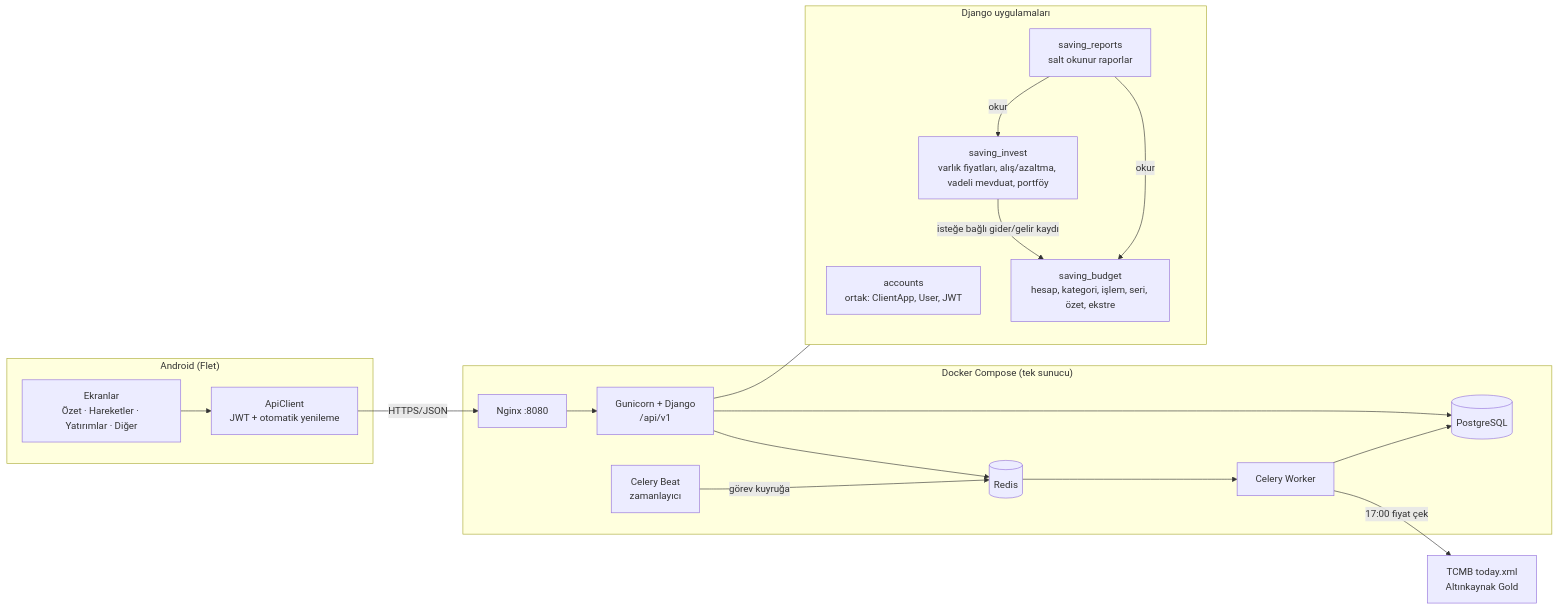
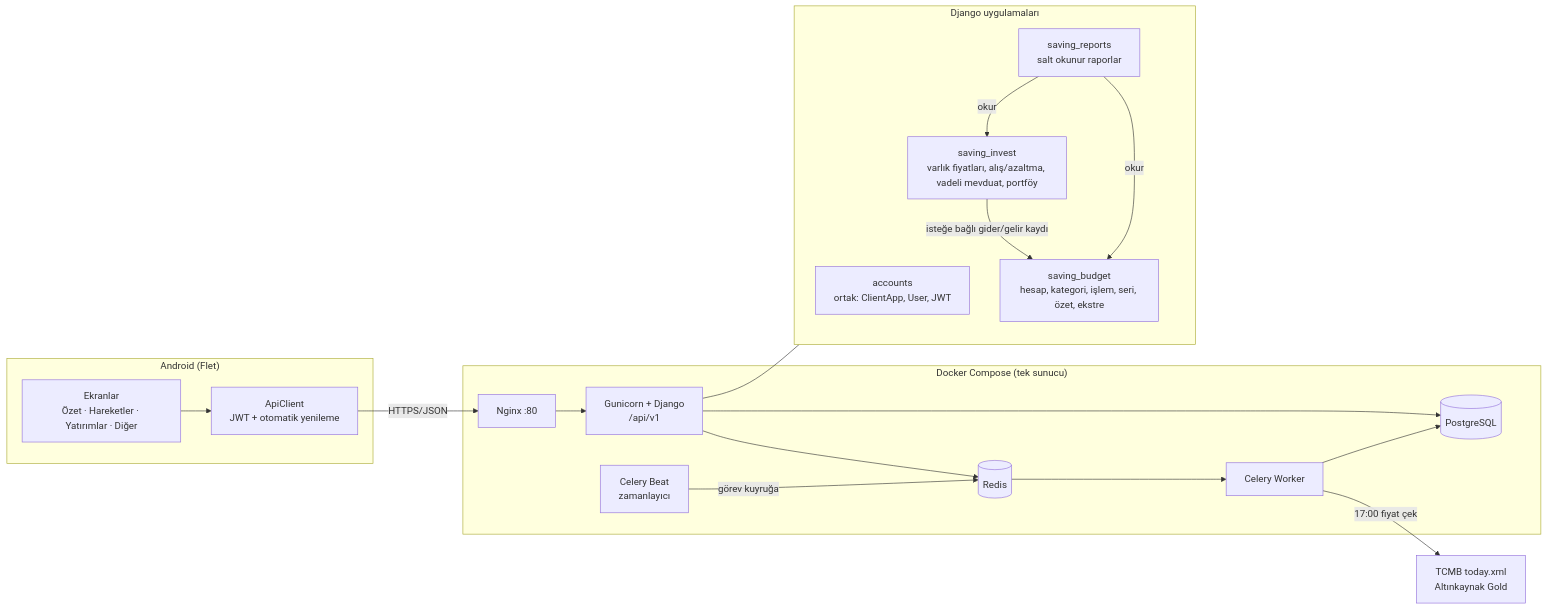
One commit to anilcelik0/saving changed the first of 11 diagrams in docs/FLOW.md. Above: the diagram before and after it, drawn with Mermaid. The commit also changed 9 other files, not shown here.

````diff
--- a/docs/FLOW.md
+++ b/docs/FLOW.md
@@ -12,40 +12,40 @@
 ```mermaid
 flowchart LR
     subgraph Mobil["Android (Flet)"]
         UI[Ekranlar<br/>Özet · Hareketler · Yatırımlar · Diğer]
         API[ApiClient<br/>JWT + otomatik yenileme]
         UI --> API
     end
 
     subgraph Sunucu["Docker Compose (tek sunucu)"]
-        NGINX[Nginx :8080]
+        NGINX[Nginx :80]
         WEB[Gunicorn + Django<br/>/api/v1]
         DB[(PostgreSQL)]
         REDIS[(Redis)]
         BEAT[Celery Beat<br/>zamanlayıcı]
         WORKER[Celery Worker]
 
         NGINX --> WEB
         WEB --> DB
         WEB --> REDIS
         BEAT -->|görev kuyruğa| REDIS
         REDIS --> WORKER
         WORKER --> DB
     end
 
     API -->|HTTPS/JSON| NGINX
 
     subgraph Apps["Django uygulamaları"]
         ACC[accounts<br/>ortak: ClientApp, User, JWT]
         BUD[saving_budget<br/>hesap, kategori, işlem, seri, özet, ekstre]
         INV[saving_invest<br/>varlık fiyatları, alış/azaltma, vadeli mevduat, portföy]
         REP[saving_reports<br/>salt okunur raporlar]
     end
     WEB --- Apps
     INV -->|isteğe bağlı gider/gelir kaydı| BUD
     REP -->|okur| BUD
     REP -->|okur| INV
     WORKER -->|17:00 fiyat çek| EXT[TCMB today.xml<br/>Altınkaynak Gold]
 
     classDef todo fill:#eee,stroke:#999,stroke-dasharray:4 3,color:#777
 ```
````
